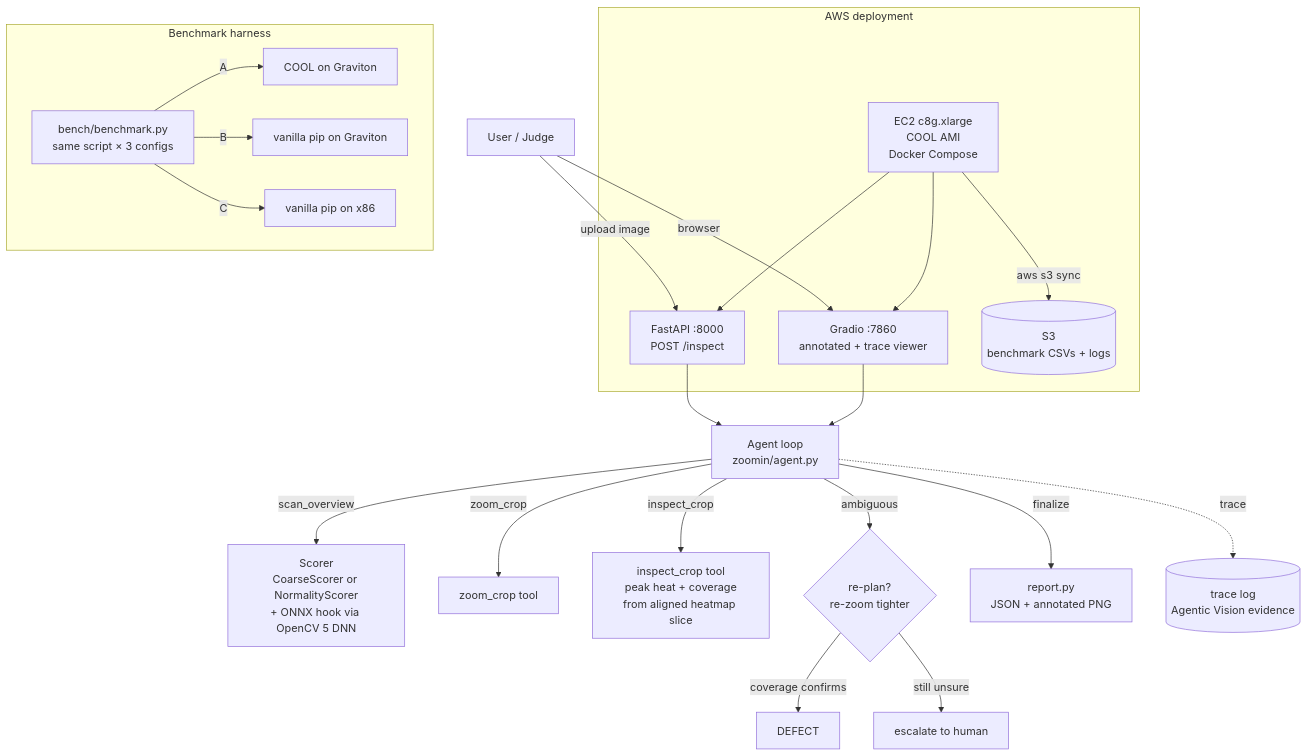
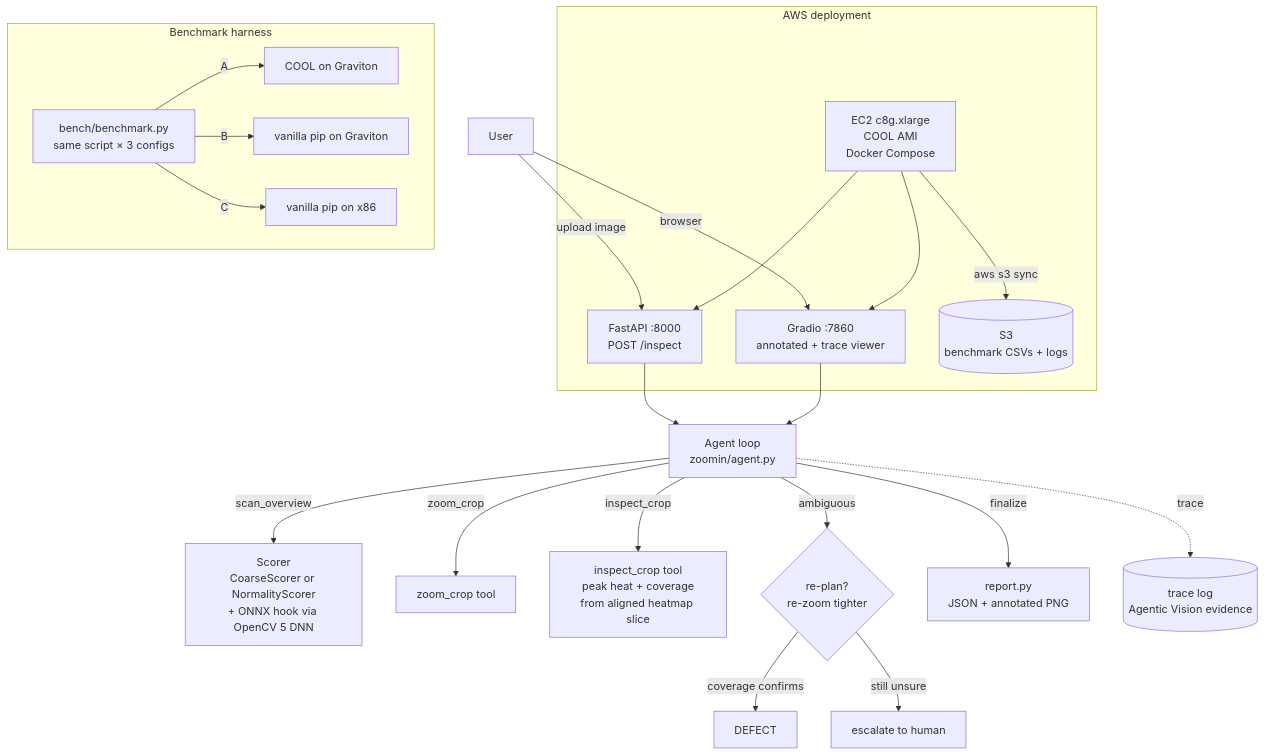
The diagram in docs/architecture.md (faketut/zoomin-inspector), drawn with Mermaid before and after one commit. The commit also changed 5 other files, not shown here.

First line of the commit message:
De-competition the README; Mermaid chart; remove Devpost draft + video

````diff
--- a/docs/architecture.md
+++ b/docs/architecture.md
@@ -3,29 +3,29 @@
 ```mermaid
 flowchart TD
-    U[User / Judge] -->|upload image| API[FastAPI :8000\nPOST /inspect]
+    U[User] -->|upload image| API[FastAPI :8000\nPOST /inspect]
     U -->|browser| UI[Gradio :7860\nannotated + trace viewer]
     API --> AG[Agent loop\nzoomin/agent.py]
     UI --> AG
     AG -->|scan_overview| SC[Scorer\nCoarseScorer or NormalityScorer\n+ ONNX hook via OpenCV 5 DNN]
     AG -->|zoom_crop| ZC[zoom_crop tool]
     AG -->|inspect_crop| IC[inspect_crop tool\npeak heat + coverage\nfrom aligned heatmap slice]
     AG -->|ambiguous| RP{re-plan?\nre-zoom tighter}
     RP -->|coverage confirms| DEF[DEFECT]
     RP -->|still unsure| ESC[escalate to human]
     AG -->|finalize| RPT[report.py\nJSON + annotated PNG]
     AG -.->|trace| TR[(trace log\nAgentic Vision evidence)]
 
     subgraph AWS [AWS deployment]
         EC2[EC2 c8g.xlarge\nCOOL AMI\nDocker Compose]
         EC2 --> API
         EC2 --> UI
         S3[(S3\nbenchmark CSVs + logs)]
         EC2 -->|aws s3 sync| S3
     end
     subgraph BENCH [Benchmark harness]
         B[bench/benchmark.py\nsame script × 3 configs]
         B -->|A| COOL[COOL on Graviton]
         B -->|B| VG[vanilla pip on Graviton]
         B -->|C| VX[vanilla pip on x86]
     end
 ```
````
